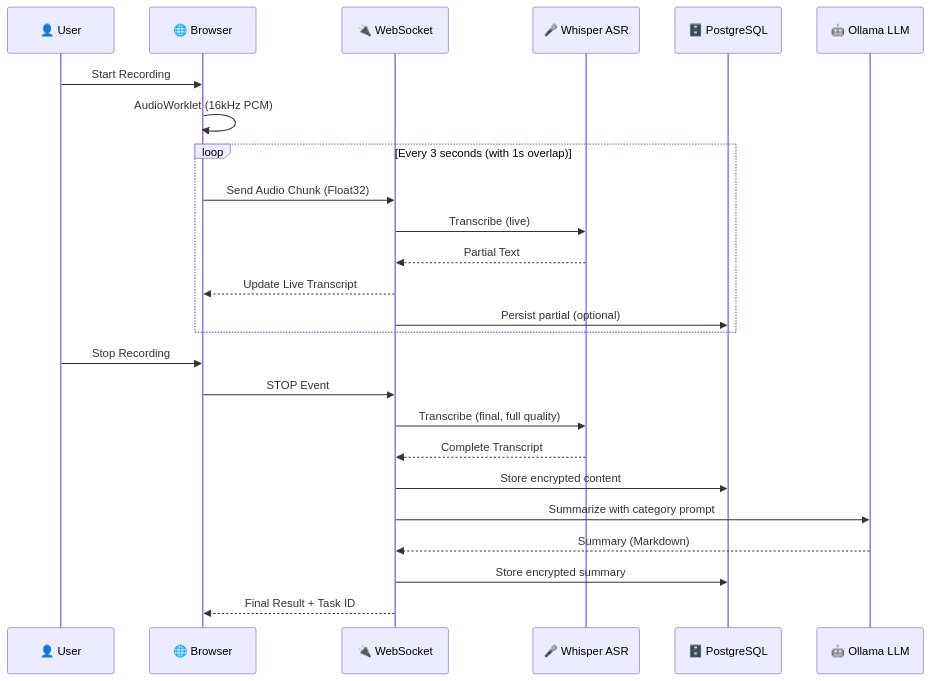
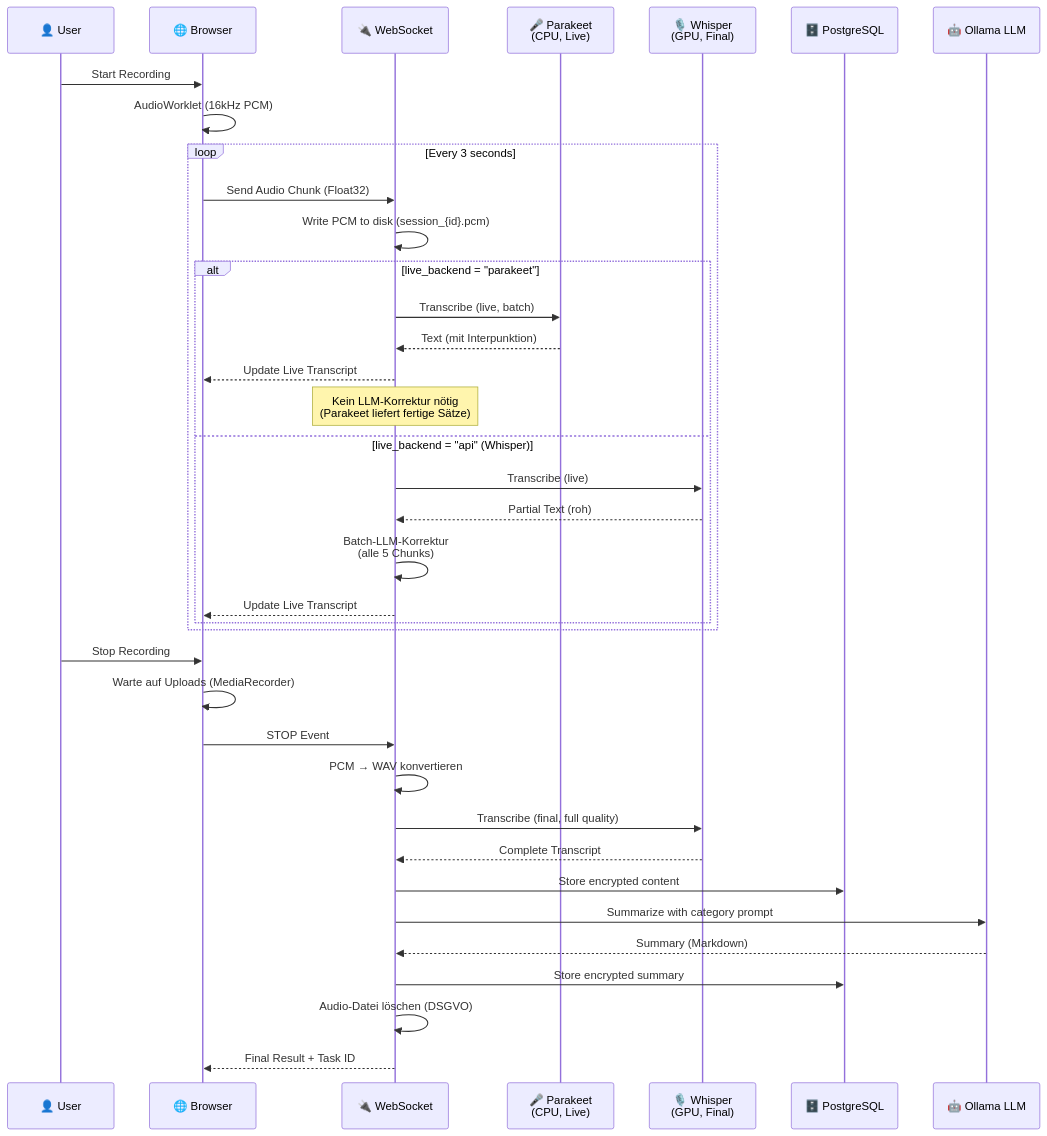
The second of 5 diagrams in docs/opendox.md (s2a-open-technologies/openDox), drawn with Mermaid before and after one commit. The commit also changed other lines of this file and 12 other files, not shown here.

````diff
--- a/docs/opendox.md
+++ b/docs/opendox.md
@@ -71,30 +73,43 @@
 ```mermaid
 sequenceDiagram
     participant User as 👤 User
     participant Browser as 🌐 Browser
     participant WS as 🔌 WebSocket
-    participant ASR as 🎤 Whisper ASR
+    participant Parakeet as 🎤 Parakeet<br/>(CPU, Live)
+    participant Whisper as 🎙️ Whisper<br/>(GPU, Final)
     participant DB as 🗄️ PostgreSQL
     participant LLM as 🤖 Ollama LLM
     
     User->>Browser: Start Recording
     Browser->>Browser: AudioWorklet (16kHz PCM)
     
-    loop Every 3 seconds (with 1s overlap)
+    loop Every 3 seconds
         Browser->>WS: Send Audio Chunk (Float32)
-        WS->>ASR: Transcribe (live)
-        ASR-->>WS: Partial Text
-        WS-->>Browser: Update Live Transcript
-        WS->>DB: Persist partial (optional)
+        WS->>WS: Write PCM to disk (session_{id}.pcm)
+        
+        alt live_backend = "parakeet"
+            WS->>Parakeet: Transcribe (live, batch)
+            Parakeet-->>WS: Text (mit Interpunktion)
+            WS-->>Browser: Update Live Transcript
+            Note over WS: Kein LLM-Korrektur nötig<br/>(Parakeet liefert fertige Sätze)
+        else live_backend = "api" (Whisper)
+            WS->>Whisper: Transcribe (live)
+            Whisper-->>WS: Partial Text (roh)
+            WS->>WS: Batch-LLM-Korrektur<br/>(alle 5 Chunks)
+            WS-->>Browser: Update Live Transcript
+        end
     end
     
     User->>Browser: Stop Recording
+    Browser->>Browser: Warte auf Uploads (MediaRecorder)
     Browser->>WS: STOP Event
-    WS->>ASR: Transcribe (final, full quality)
-    ASR-->>WS: Complete Transcript
+    WS->>WS: PCM → WAV konvertieren
+    WS->>Whisper: Transcribe (final, full quality)
+    Whisper-->>WS: Complete Transcript
     WS->>DB: Store encrypted content
     WS->>LLM: Summarize with category prompt
     LLM-->>WS: Summary (Markdown)
     WS->>DB: Store encrypted summary
+    WS->>WS: Audio-Datei löschen (DSGVO)
     WS-->>Browser: Final Result + Task ID
 ```
````
